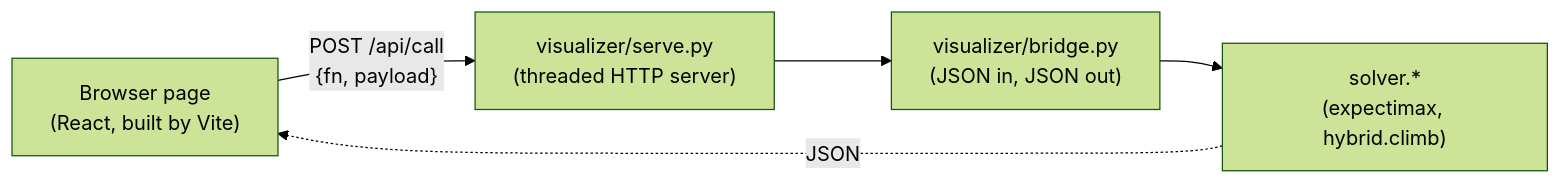
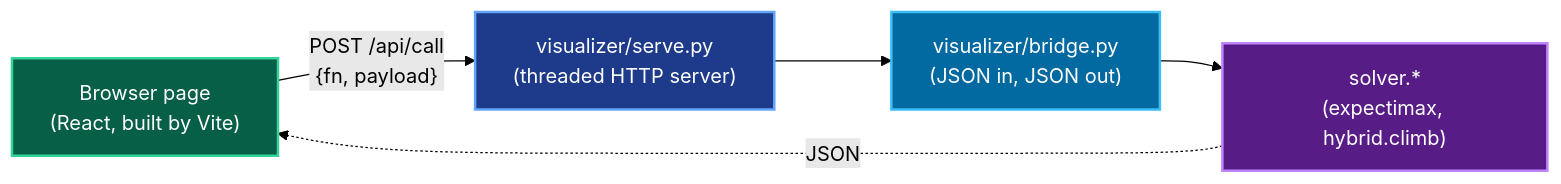
Before and after one commit to Angle-Brackets/TTRSolver: the diagram in docs/visualizer-spec.md, drawn with Mermaid (forest theme). The commit also changed 9 other files, not shown here.

Commit message:
docs: color-code all Mermaid diagrams with distinct visual themes

````diff
--- a/docs/visualizer-spec.md
+++ b/docs/visualizer-spec.md
@@ -26,7 +26,17 @@
 ```mermaid
 flowchart LR
+    classDef reactNode fill:#065f46,stroke:#34d399,stroke-width:2px,color:#ffffff
+    classDef serveNode fill:#1e3a8a,stroke:#60a5fa,stroke-width:2px,color:#ffffff
+    classDef bridgeNode fill:#0369a1,stroke:#38bdf8,stroke-width:2px,color:#ffffff
+    classDef solverNode fill:#581c87,stroke:#c084fc,stroke-width:2px,color:#ffffff
+
     PAGE["Browser page<br/>(React, built by Vite)"] -->|"POST /api/call<br/>{fn, payload}"| SERVE["visualizer/serve.py<br/>(threaded HTTP server)"]
     SERVE --> BRIDGE["visualizer/bridge.py<br/>(JSON in, JSON out)"]
     BRIDGE --> SOLVER["solver.*<br/>(expectimax, hybrid.climb)"]
     SOLVER -.->|JSON| PAGE
+
+    class PAGE reactNode
+    class SERVE serveNode
+    class BRIDGE bridgeNode
+    class SOLVER solverNode
 ```
````
